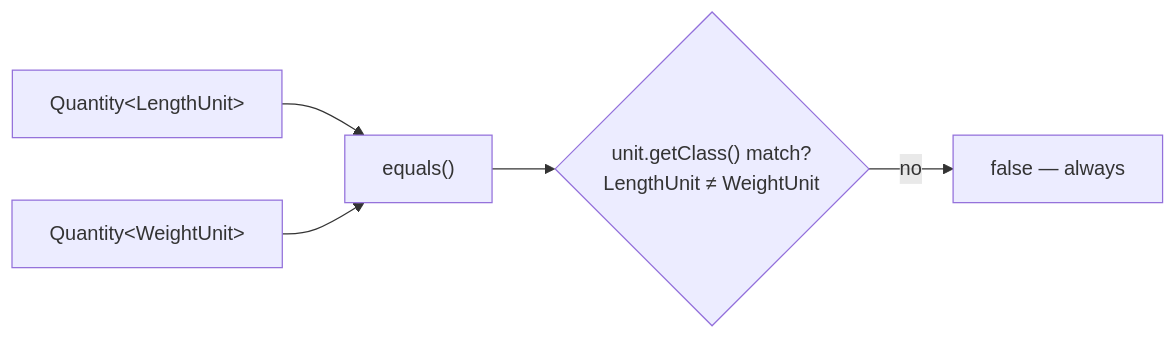
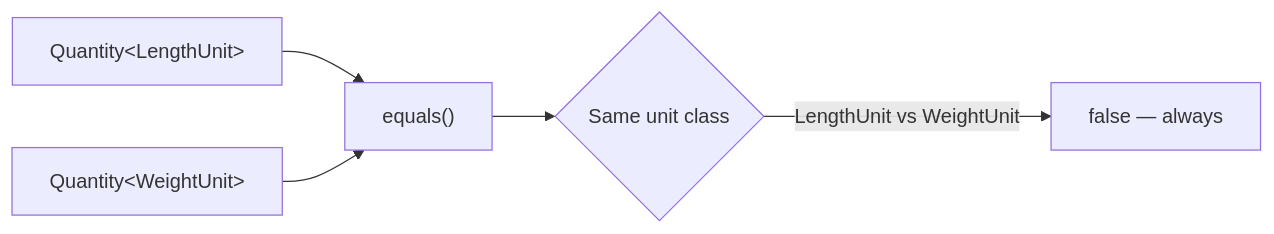
One commit to TSR0705/Quantity-Measurement-App changed the third of 3 diagrams in docs/data-flow.md. Above: the diagram before and after it, drawn with Mermaid. The commit also changed other lines of this file, not shown here.

Commit message:
docs: Fix Mermaid parse errors in equality and cross-category diagrams

````diff
--- a/docs/data-flow.md
+++ b/docs/data-flow.md
@@ -53,11 +53,11 @@
 ```mermaid
 flowchart LR
     QL["Quantity&lt;LengthUnit&gt;"]
     QW["Quantity&lt;WeightUnit&gt;"]
     EQ["equals()"]
 
     QL --> EQ
     QW --> EQ
-    EQ --> CC{"unit.getClass() match?<br/>LengthUnit ≠ WeightUnit"}
-    CC -->|no| F[false — always]
+    EQ --> CC{Same unit class}
+    CC -->|LengthUnit vs WeightUnit| F["false — always"]
 ```
````
